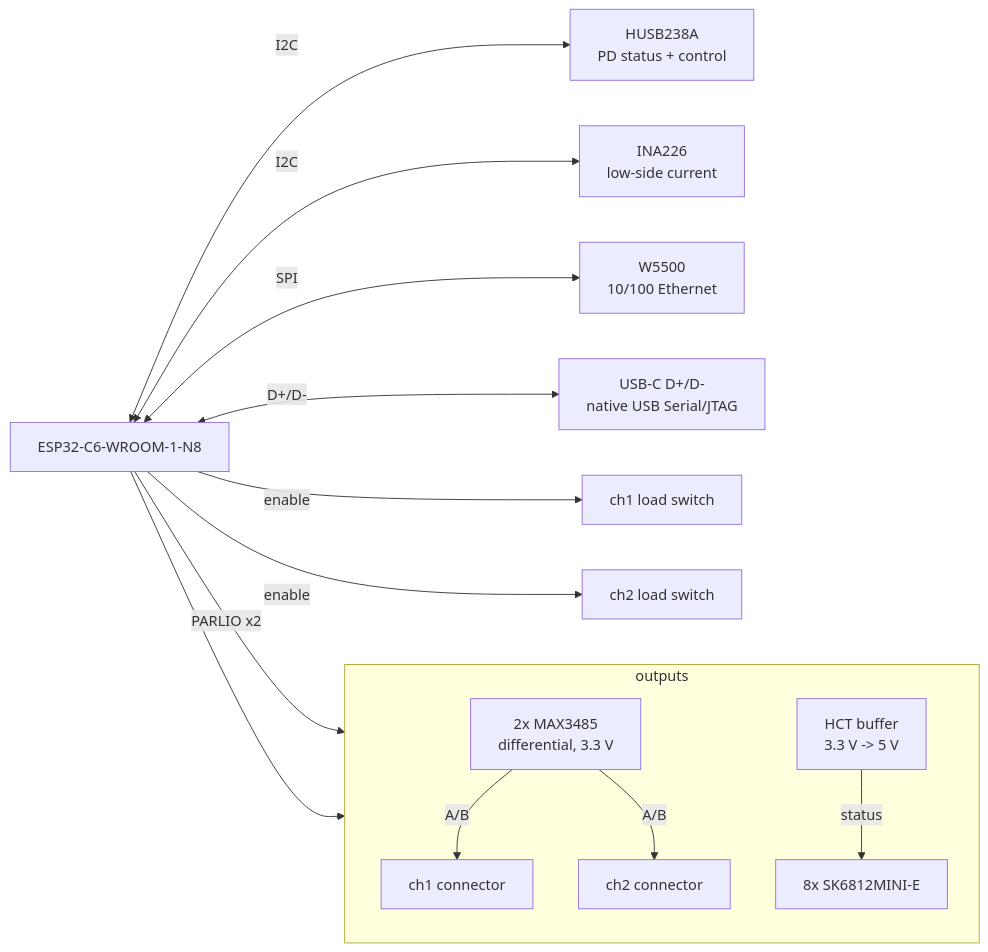
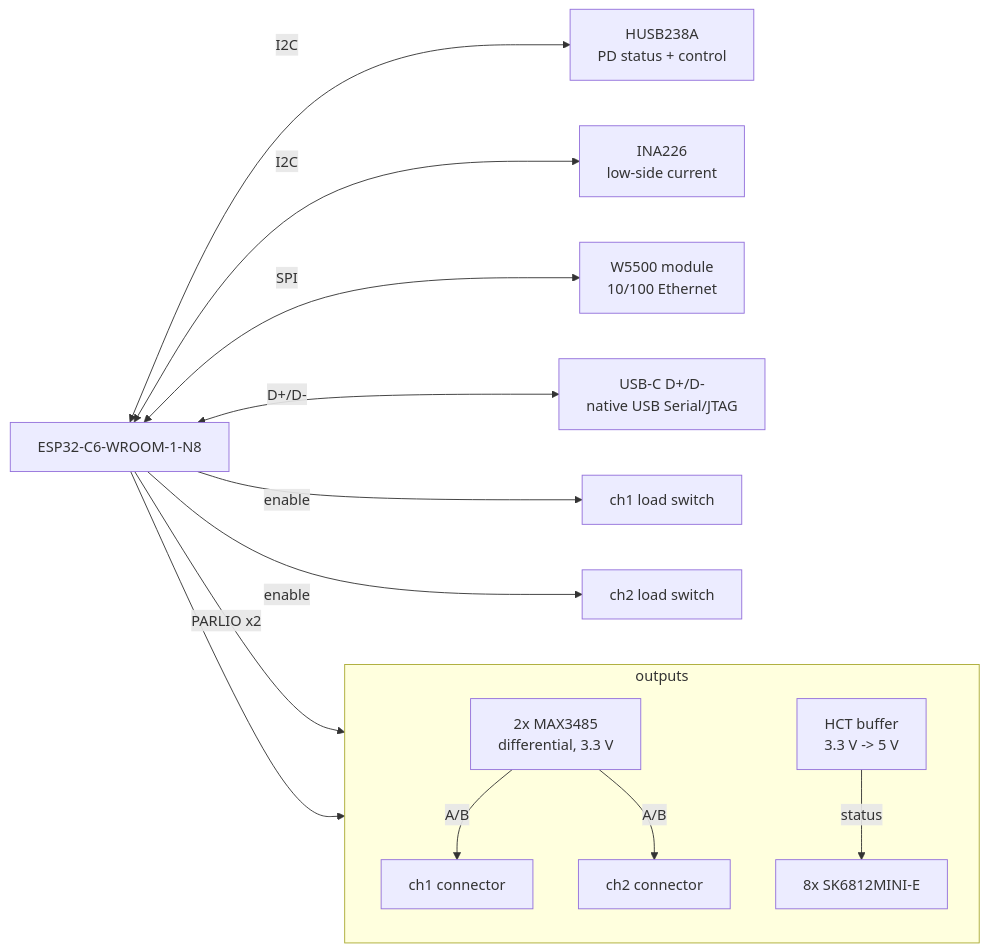
The second of 4 diagrams in designs/led-matrix-controller/README.md (lucsoft/pcb-design), drawn with Mermaid before and after one commit. The commit also changed other lines of this file and 4 other files, not shown here.

````diff
--- a/designs/led-matrix-controller/README.md
+++ b/designs/led-matrix-controller/README.md
@@ -105,29 +105,29 @@
 ```mermaid
 flowchart LR
     MCU["ESP32-C6-WROOM-1-N8"]
 
     PD["HUSB238A<br/>PD status + control"]
     INA["INA226<br/>low-side current"]
-    ETH["W5500<br/>10/100 Ethernet"]
+    ETH["W5500 module<br/>10/100 Ethernet"]
     USBD["USB-C D+/D-<br/>native USB Serial/JTAG"]
 
     subgraph OUTS["outputs"]
         direction TB
         RS485["2x MAX3485<br/>differential, 3.3 V"] -->|"A/B"| CN1["ch1 connector"]
         RS485 -->|"A/B"| CN2["ch2 connector"]
         BUF["HCT buffer<br/>3.3 V -> 5 V"]
         BUF -->|status| LEDS["8x SK6812MINI-E"]
     end
 
     SW1["ch1 load switch"]
     SW2["ch2 load switch"]
 
     MCU <-->|I2C| PD
     MCU <-->|I2C| INA
     MCU <-->|SPI| ETH
     MCU <-->|"D+/D-"| USBD
     MCU -->|"PARLIO x2"| RS485
     MCU --> BUF
     MCU -->|enable| SW1
     MCU -->|enable| SW2
 ```
````
